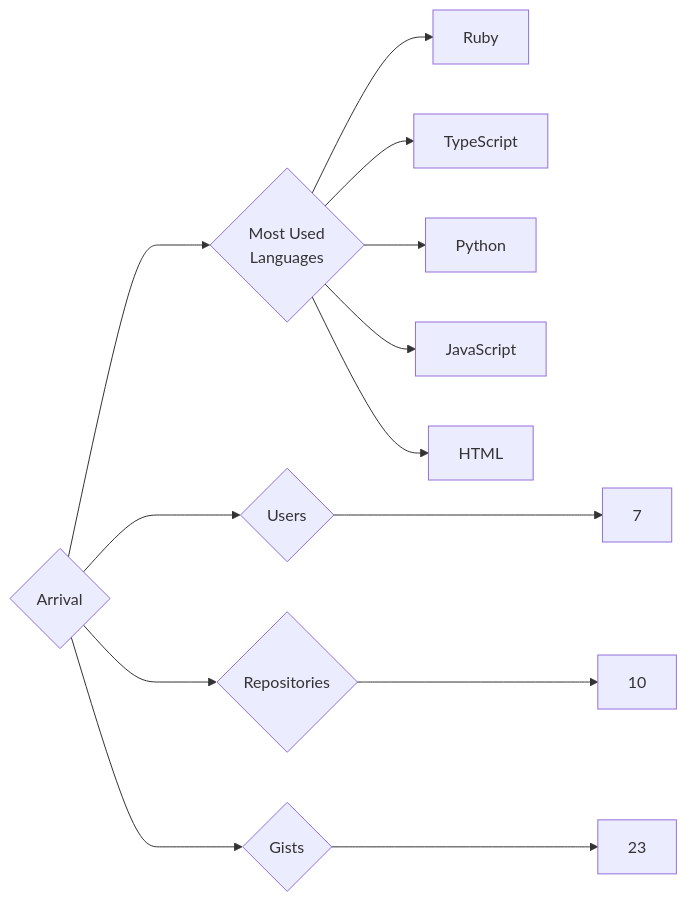
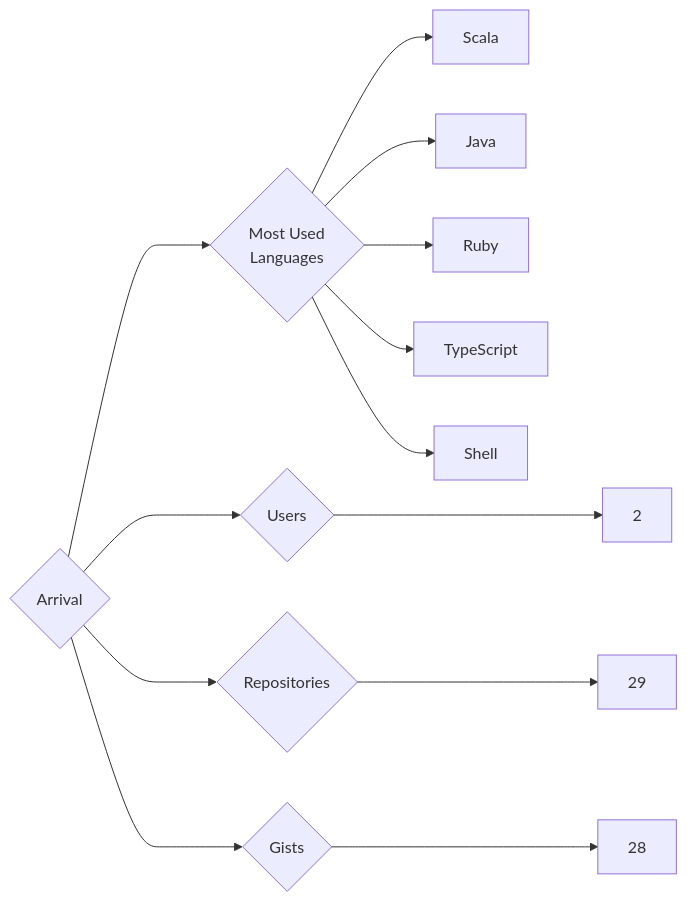
Before and after one commit to trickest/insiders: the diagram in targets/Arrival/README.md, drawn with Mermaid. The commit also changed 1166 other files, not shown here.

````diff
--- a/targets/Arrival/README.md
+++ b/targets/Arrival/README.md
@@ -3,13 +3,13 @@
 ```mermaid
 graph LR
 COMPANY_NAME{Arrival}
-COMPANY_NAME ---> U{Users} ---> UN[7]
-COMPANY_NAME ---> R{Repositories} ---> RN[10]
-COMPANY_NAME ---> G{Gists} ---> GN[23]
+COMPANY_NAME ---> U{Users} ---> UN[2]
+COMPANY_NAME ---> R{Repositories} ---> RN[29]
+COMPANY_NAME ---> G{Gists} ---> GN[28]
 COMPANY_NAME ---> ML{Most Used<br>Languages}
+ML --> Scala[Scala]
+ML --> Java[Java]
 ML --> Ruby[Ruby]
 ML --> TypeScript[TypeScript]
-ML --> Python[Python]
-ML --> JavaScript[JavaScript]
-ML --> HTML[HTML]
+ML --> Shell[Shell]
 ```
````
